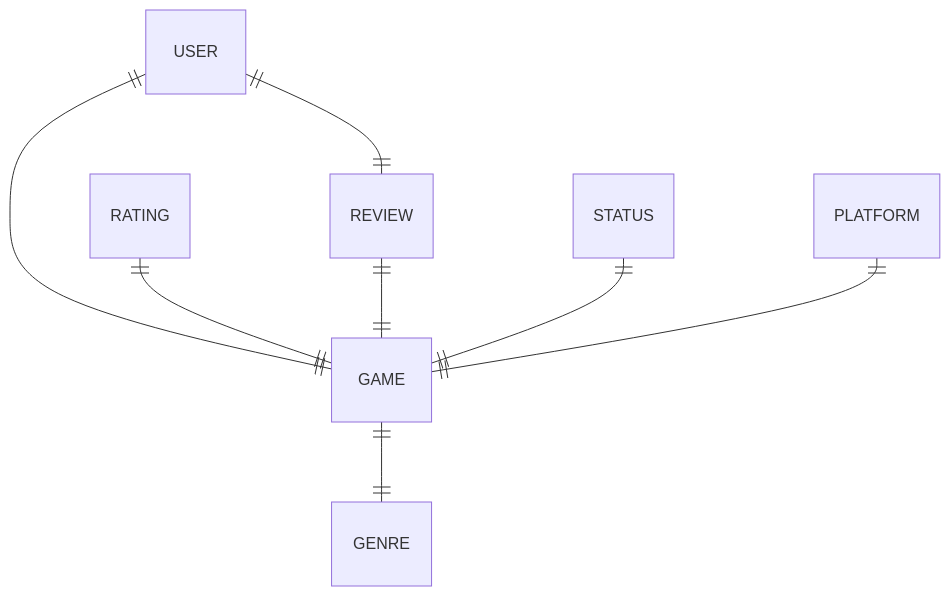
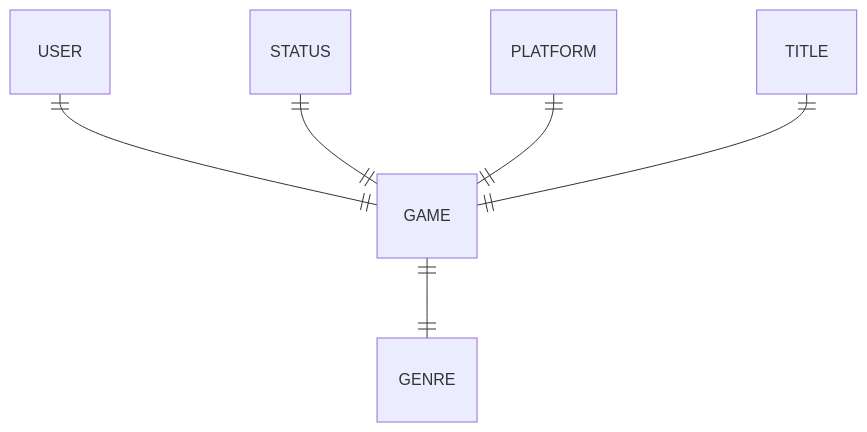
One commit to pbisby-uno/track-vg changed the diagram in README.md. Above: the diagram before and after it, drawn with Mermaid. The commit also changed other lines of this file, not shown here.

````diff
--- a/README.md
+++ b/README.md
@@ -22,10 +29,8 @@
 ``` mermaid
 erDiagram
           USER ||--|| GAME : ""
-          USER ||--|| REVIEW : ""
           GAME ||--|| GENRE : ""
-          RATING ||--|| GAME : ""
-          REVIEW ||--|| GAME : ""
           STATUS ||--|| GAME : ""
           PLATFORM ||--|| GAME : ""
+          TITLE ||--|| GAME : ""
 ```
````
